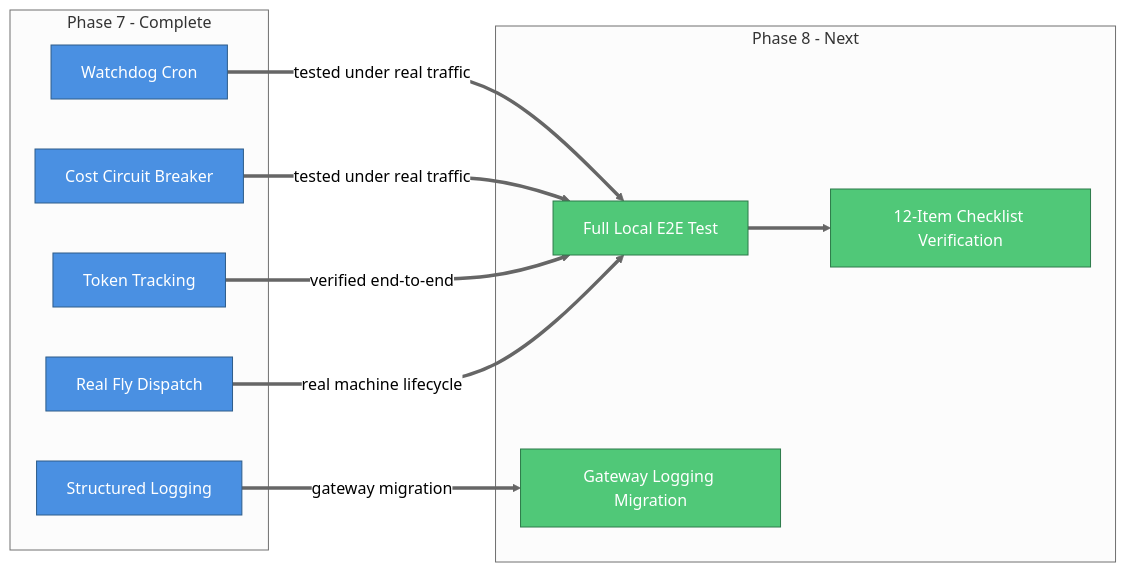
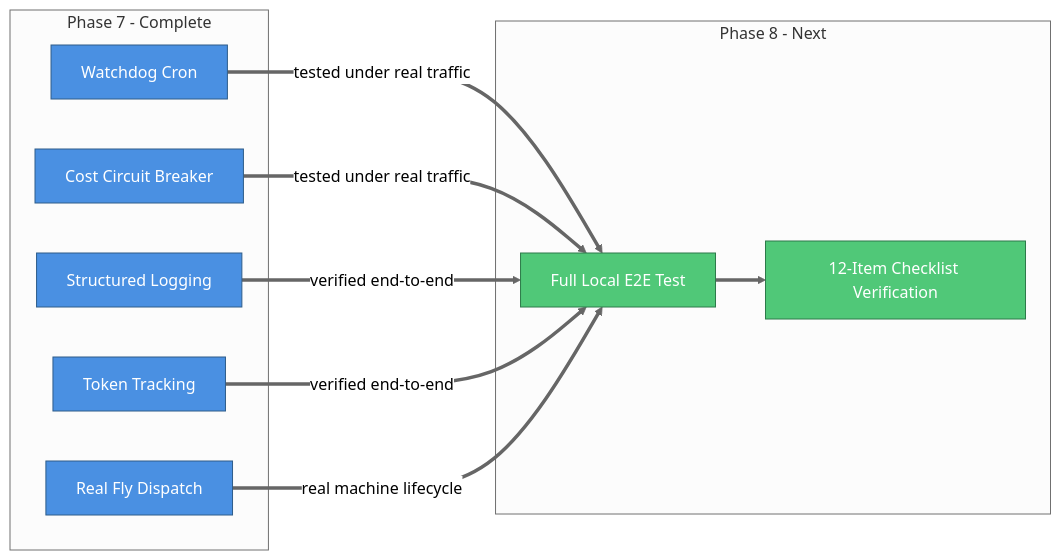
Before and after one commit to viiqswim/dozaldevs-ai-employee: the fifth of 5 diagrams in docs/2026-04-01-0114-phase7-resilience.md, drawn with Mermaid (neutral theme). The commit also changed other lines of this file, not shown here.

Commit message:
chore(docs): update phase 7 doc — remove stale gateway migration reference from phase 8 section

````diff
--- a/docs/2026-04-01-0114-phase7-resilience.md
+++ b/docs/2026-04-01-0114-phase7-resilience.md
@@ -457,26 +458,25 @@
 ```mermaid
 flowchart LR
     subgraph Phase 7 - Complete
         WATCHDOG["Watchdog Cron"]:::service
         CIRCUIT["Cost Circuit Breaker"]:::service
         LOG["Structured Logging"]:::service
         TOKENS["Token Tracking"]:::service
         FLY["Real Fly Dispatch"]:::service
     end
 
     subgraph Phase 8 - Next
         E2E["Full Local E2E Test"]:::event
-        GWLOG["Gateway Logging Migration"]:::event
         CHECKLIST["12-Item Checklist Verification"]:::event
     end
 
     WATCHDOG ==>|"tested under real traffic"| E2E
     CIRCUIT ==>|"tested under real traffic"| E2E
-    LOG ==>|"gateway migration"| GWLOG
+    LOG ==>|"verified end-to-end"| E2E
     TOKENS ==>|"verified end-to-end"| E2E
     FLY ==>|"real machine lifecycle"| E2E
     E2E ==> CHECKLIST
 
     classDef service fill:#4A90E2,stroke:#2E5C8A,color:#fff
     classDef event fill:#50C878,stroke:#2D7A4A,color:#fff
 ```
````
